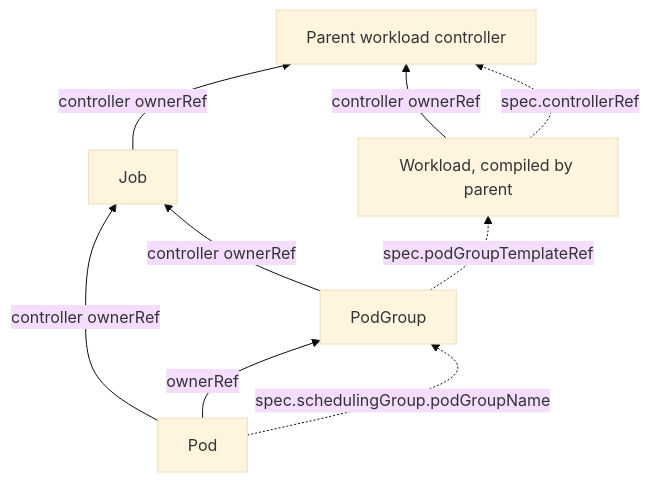
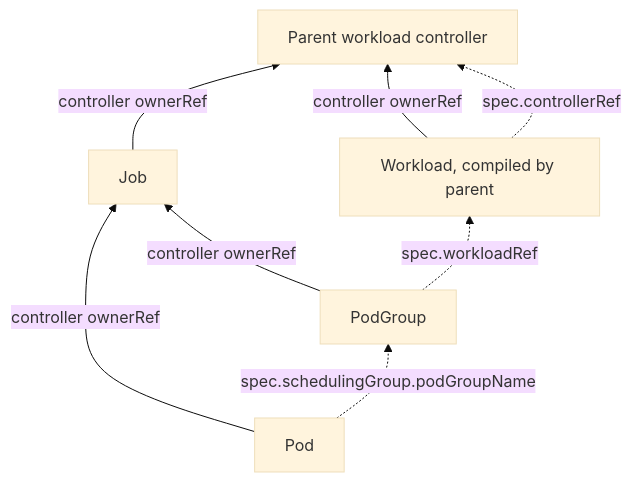
One commit to kubernetes/enhancements changed the third of 3 diagrams in keps/sig-apps/5547-integrate-workload-with-job/README.md. Above: the diagram before and after it, drawn with Mermaid (base theme). The commit also changed other lines of this file, not shown here.

````diff
--- a/keps/sig-apps/5547-integrate-workload-with-job/README.md
+++ b/keps/sig-apps/5547-integrate-workload-with-job/README.md
@@ -943,17 +956,16 @@
 ```mermaid
 flowchart BT
     Pod[Pod]
     PodGroup["PodGroup"]
     Workload["Workload, compiled by parent"]
     Job[Job]
     Parent[Parent workload controller]
 
     Pod -->|"controller ownerRef"| Job
-    Pod -->|"ownerRef"| PodGroup
     Job -->|"controller ownerRef"| Parent
     PodGroup -->|"controller ownerRef"| Job
     Workload -->|"controller ownerRef"| Parent
     Workload -.->|"spec.controllerRef"| Parent
-    PodGroup -.->|"spec.podGroupTemplateRef"| Workload
+    PodGroup -.->|"spec.workloadRef"| Workload
     Pod -.->|"spec.schedulingGroup.podGroupName"| PodGroup
 ```
````
